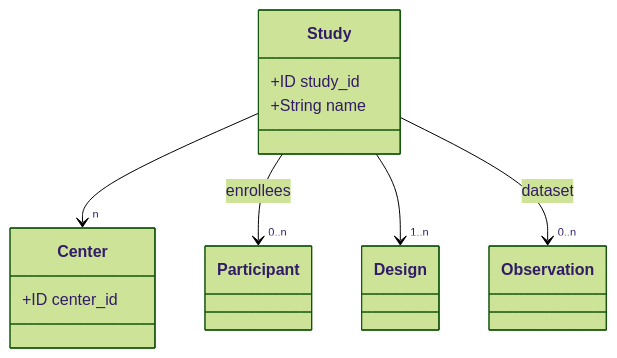
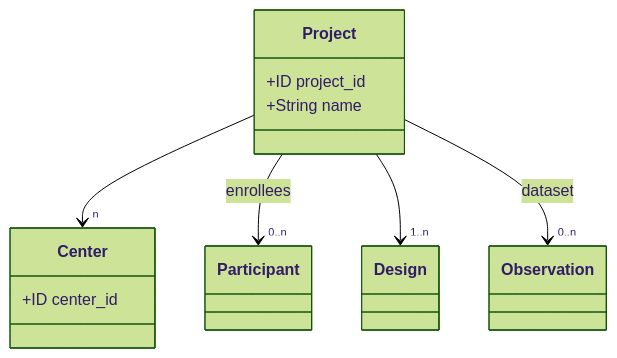
The first of 5 diagrams in src/markdown/02-domain-model.md (naccdata/system-design), drawn with Mermaid (forest theme) before and after one commit. The commit also changed other lines of this file, not shown here.

Commit message:
Change study to project

````diff
--- a/src/markdown/02-domain-model.md
+++ b/src/markdown/02-domain-model.md
@@ -7,14 +7,14 @@
 ```mermaid
 classDiagram
     class Center {
         +ID center_id
     }
-    class Study {
-        +ID study_id
+    class Project {
+        +ID project_id
         +String name
     }
-    Study --> "n" Center
-    Study --> "0..n" Participant : enrollees
-    Study --> "1..n" Design
-    Study --> "0..n" Observation : dataset
+    Project --> "n" Center
+    Project --> "0..n" Participant : enrollees
+    Project --> "1..n" Design
+    Project --> "0..n" Observation : dataset
 ```
````
